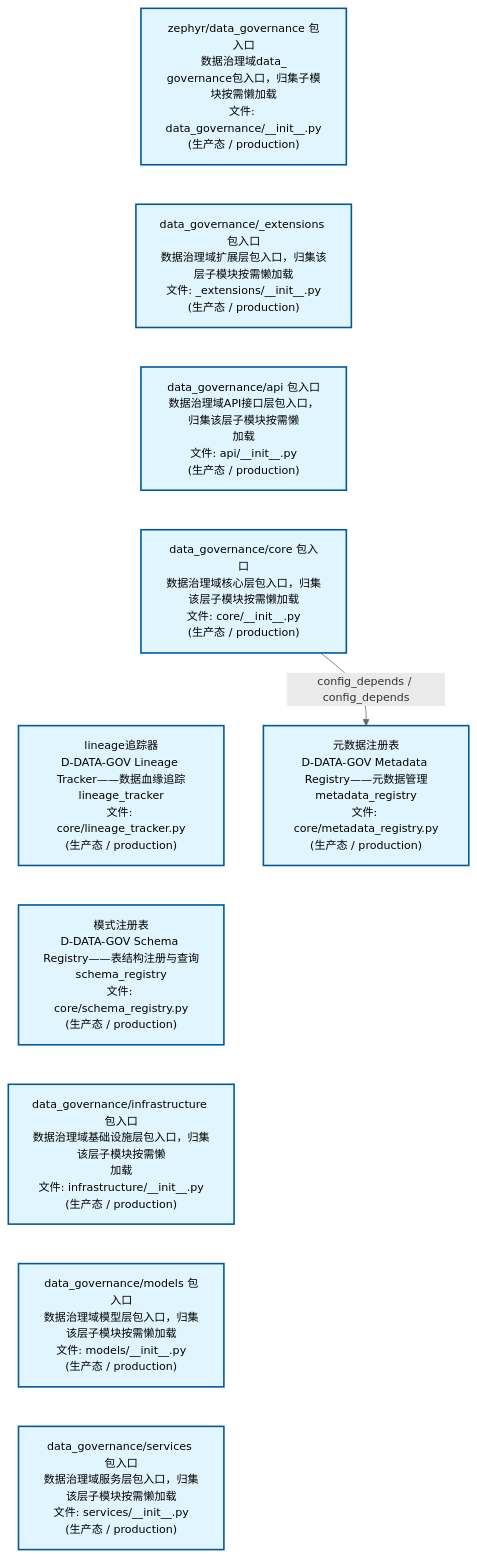
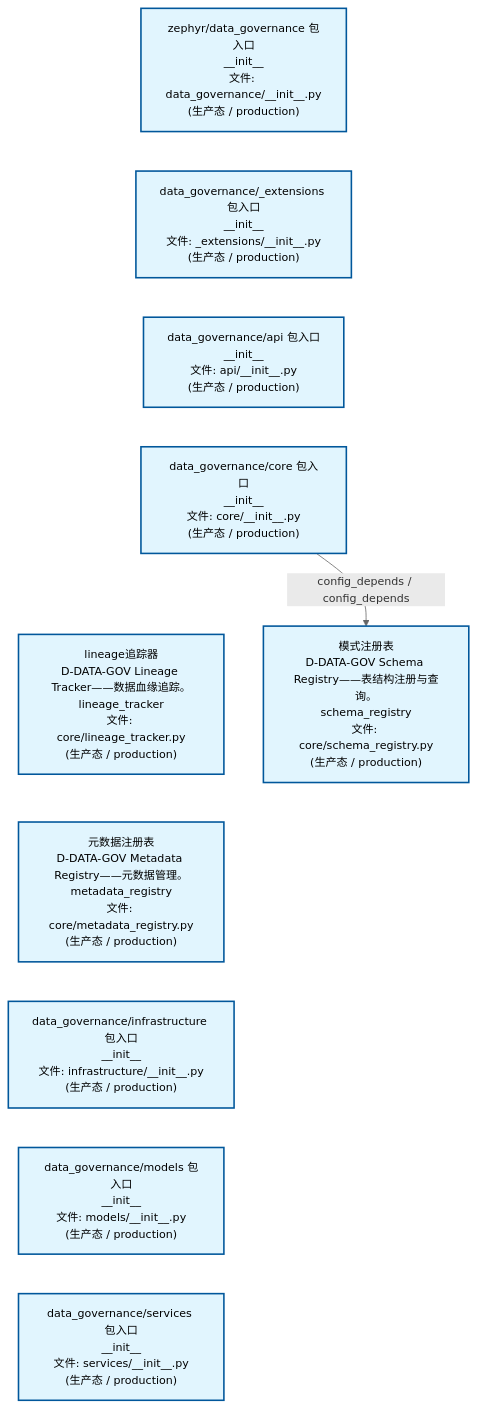
Before and after one commit to xuanFelixVan/ZephyrAlpha: the first of 2 diagrams in docs/02_enterprise_architecture/02_domain_architecture_docs/13_d_data_gov.md, drawn with Mermaid. The commit also changed other lines of this file and 61 other files, not shown here.

````diff
--- a/docs/02_enterprise_architecture/02_domain_architecture_docs/13_d_data_gov.md
+++ b/docs/02_enterprise_architecture/02_domain_architecture_docs/13_d_data_gov.md
@@ -53,28 +53,28 @@
 ```mermaid
 %%{init: {'theme': 'base', 'themeVariables': {'primaryColor': '#eaeaea', 'primaryTextColor': '#333333', 'primaryBorderColor': '#666666', 'lineColor': '#666666', 'secondaryColor': '#eaeaea', 'tertiaryColor': '#eaeaea', 'fontSize': '14px'}}}%%
 flowchart TD
-    src_zephyr_data_governance_init_py["zephyr/data_governance 包入口<br/>数据治理域data_<br/>governance包入口，归集子模块按需懒加载<br/>文件: data_governance/__init__.py<br/>(生产态 / production)"]
-    src_zephyr_data_governance_extensions_init_py["data_governance/_extensions 包入口<br/>数据治理域扩展层包入口，归集该层子模块按需懒加载<br/>文件: _extensions/__init__.py<br/>(生产态 / production)"]
-    src_zephyr_data_governance_api_init_py["data_governance/api 包入口<br/>数据治理域API接口层包入口，归集该层子模块按需懒<br/>加载<br/>文件: api/__init__.py<br/>(生产态 / production)"]
-    src_zephyr_data_governance_core_init_py["data_governance/core 包入口<br/>数据治理域核心层包入口，归集该层子模块按需懒加载<br/>文件: core/__init__.py<br/>(生产态 / production)"]
-    src_zephyr_data_governance_core_lineage_tracker_py["lineage追踪器<br/>D-DATA-GOV Lineage Tracker——数据血缘追踪<br/>lineage_tracker<br/>文件: core/lineage_tracker.py<br/>(生产态 / production)"]
-    src_zephyr_data_governance_core_schema_registry_py["模式注册表<br/>D-DATA-GOV Schema Registry——表结构注册与查询<br/>schema_registry<br/>文件: core/schema_registry.py<br/>(生产态 / production)"]
-    src_zephyr_data_governance_infrastructure_init_py["data_governance/infrastructure 包入口<br/>数据治理域基础设施层包入口，归集该层子模块按需懒<br/>加载<br/>文件: infrastructure/__init__.py<br/>(生产态 / production)"]
-    src_zephyr_data_governance_models_init_py["data_governance/models 包入口<br/>数据治理域模型层包入口，归集该层子模块按需懒加载<br/>文件: models/__init__.py<br/>(生产态 / production)"]
-    src_zephyr_data_governance_services_init_py["data_governance/services 包入口<br/>数据治理域服务层包入口，归集该层子模块按需懒加载<br/>文件: services/__init__.py<br/>(生产态 / production)"]
+    src_zephyr_data_governance_init_py["zephyr/data_governance 包入口<br/>__init__<br/>文件: data_governance/__init__.py<br/>(生产态 / production)"]
+    src_zephyr_data_governance_extensions_init_py["data_governance/_extensions 包入口<br/>__init__<br/>文件: _extensions/__init__.py<br/>(生产态 / production)"]
+    src_zephyr_data_governance_api_init_py["data_governance/api 包入口<br/>__init__<br/>文件: api/__init__.py<br/>(生产态 / production)"]
+    src_zephyr_data_governance_core_init_py["data_governance/core 包入口<br/>__init__<br/>文件: core/__init__.py<br/>(生产态 / production)"]
+    src_zephyr_data_governance_core_lineage_tracker_py["lineage追踪器<br/>D-DATA-GOV Lineage Tracker——数据血缘追踪。<br/>lineage_tracker<br/>文件: core/lineage_tracker.py<br/>(生产态 / production)"]
+    src_zephyr_data_governance_core_metadata_registry_py["元数据注册表<br/>D-DATA-GOV Metadata Registry——元数据管理。<br/>metadata_registry<br/>文件: core/metadata_registry.py<br/>(生产态 / production)"]
+    src_zephyr_data_governance_infrastructure_init_py["data_governance/infrastructure 包入口<br/>__init__<br/>文件: infrastructure/__init__.py<br/>(生产态 / production)"]
+    src_zephyr_data_governance_models_init_py["data_governance/models 包入口<br/>__init__<br/>文件: models/__init__.py<br/>(生产态 / production)"]
+    src_zephyr_data_governance_services_init_py["data_governance/services 包入口<br/>__init__<br/>文件: services/__init__.py<br/>(生产态 / production)"]
     src_zephyr_data_governance_init_py ~~~ src_zephyr_data_governance_extensions_init_py
     src_zephyr_data_governance_extensions_init_py ~~~ src_zephyr_data_governance_api_init_py
     src_zephyr_data_governance_api_init_py ~~~ src_zephyr_data_governance_core_init_py
     src_zephyr_data_governance_core_init_py ~~~ src_zephyr_data_governance_core_lineage_tracker_py
-    src_zephyr_data_governance_core_lineage_tracker_py ~~~ src_zephyr_data_governance_core_schema_registry_py
-    src_zephyr_data_governance_core_schema_registry_py ~~~ src_zephyr_data_governance_infrastructure_init_py
+    src_zephyr_data_governance_core_lineage_tracker_py ~~~ src_zephyr_data_governance_core_metadata_registry_py
+    src_zephyr_data_governance_core_metadata_registry_py ~~~ src_zephyr_data_governance_infrastructure_init_py
     src_zephyr_data_governance_infrastructure_init_py ~~~ src_zephyr_data_governance_models_init_py
     src_zephyr_data_governance_models_init_py ~~~ src_zephyr_data_governance_services_init_py
-    src_zephyr_data_governance_core_metadata_registry_py["元数据注册表<br/>D-DATA-GOV Metadata Registry——元数据管理<br/>metadata_registry<br/>文件: core/metadata_registry.py<br/>(生产态 / production)"]
-    src_zephyr_data_governance_core_init_py -->|config_depends / config_depends| src_zephyr_data_governance_core_metadata_registry_py
+    src_zephyr_data_governance_core_schema_registry_py["模式注册表<br/>D-DATA-GOV Schema Registry——表结构注册与查询。<br/>schema_registry<br/>文件: core/schema_registry.py<br/>(生产态 / production)"]
+    src_zephyr_data_governance_core_init_py -->|config_depends / config_depends| src_zephyr_data_governance_core_schema_registry_py
     classDef production fill:#e1f5fe,stroke:#01579b,stroke-width:2px,color:#000
     classDef design fill:#fff3e0,stroke:#e65100,stroke-width:2px,color:#000,stroke-dasharray: 5 5
     classDef external_prod fill:#e8f4fd,stroke:#0277bd,stroke-width:1px,color:#000
     classDef external_design fill:#fff8e7,stroke:#ef6c00,stroke-width:1px,color:#000,stroke-dasharray: 5 5
     class src_zephyr_data_governance_init_py,src_zephyr_data_governance_extensions_init_py,src_zephyr_data_governance_api_init_py,src_zephyr_data_governance_core_init_py,src_zephyr_data_governance_core_lineage_tracker_py,src_zephyr_data_governance_core_metadata_registry_py,src_zephyr_data_governance_core_schema_registry_py,src_zephyr_data_governance_infrastructure_init_py,src_zephyr_data_governance_models_init_py,src_zephyr_data_governance_services_init_py production
 ```
````
